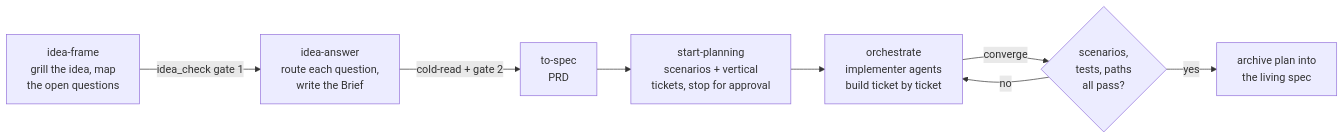
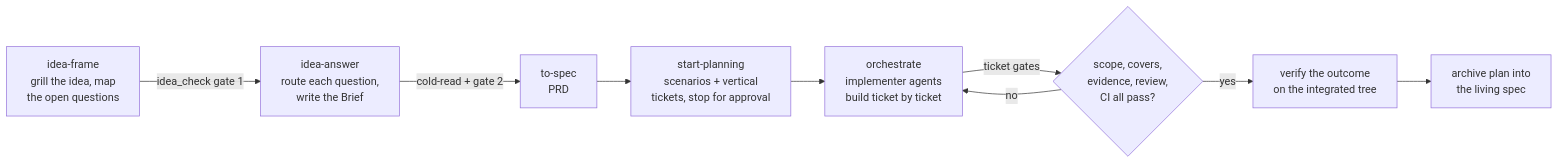
One commit to FBisca/agent-skills changed the diagram in README.md. Above: the diagram before and after it, drawn with Mermaid. The commit also changed other lines of this file and 15 other files, not shown here.

````diff
--- a/README.md
+++ b/README.md
@@ -11,10 +11,11 @@
 ```mermaid
 flowchart LR
     A["idea-frame<br/>grill the idea, map<br/>the open questions"] -->|idea_check gate 1| B["idea-answer<br/>route each question,<br/>write the Brief"]
     B -->|cold-read + gate 2| C["to-spec<br/>PRD"]
     C --> D["start-planning<br/>scenarios + vertical<br/>tickets, stop for approval"]
     D --> E["orchestrate<br/>implementer agents<br/>build ticket by ticket"]
-    E -->|converge| F{"scenarios,<br/>tests, paths<br/>all pass?"}
+    E -->|ticket gates| F{"scope, covers,<br/>evidence, review,<br/>CI all pass?"}
     F -->|no| E
-    F -->|yes| G["archive plan into<br/>the living spec"]
+    F -->|yes| H["verify the outcome<br/>on the integrated tree"]
+    H --> G["archive plan into<br/>the living spec"]
 ```
````
